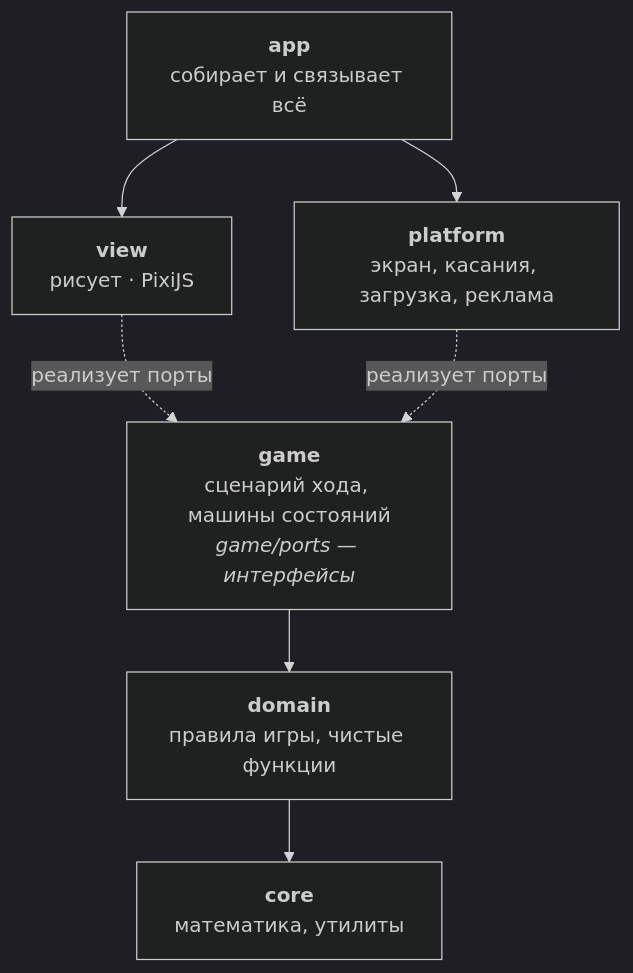
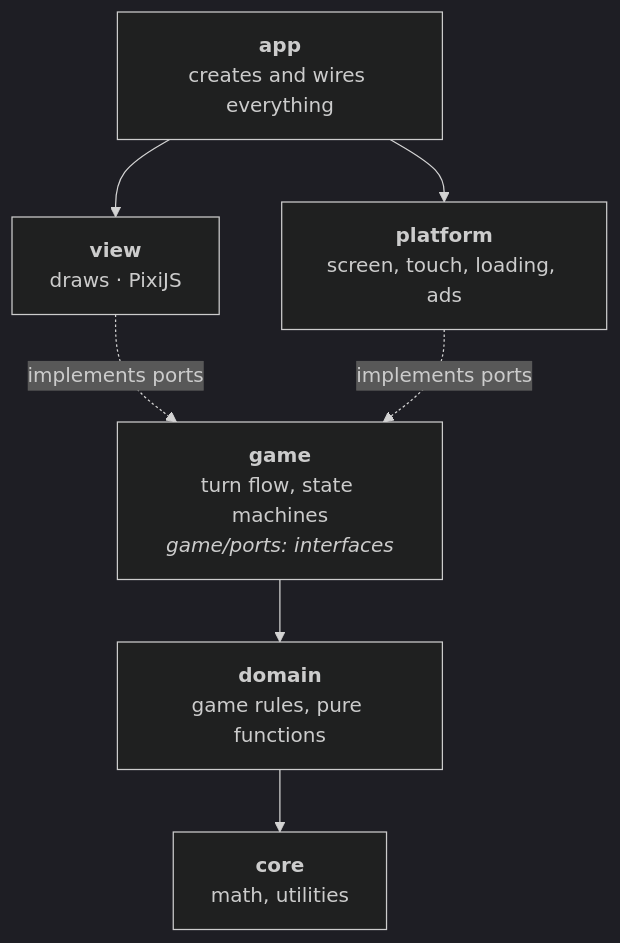
One commit to sburdenko/bub-playables-pixi changed the first of 6 diagrams in README.md. Above: the diagram before and after it, drawn with Mermaid (dark theme). The commit also changed other lines of this file, not shown here.

````diff
--- a/README.md
+++ b/README.md
@@ -26,14 +26,14 @@
 ```mermaid
 flowchart TB
-    app["<b>app</b><br/>собирает и связывает всё"]
-    view["<b>view</b><br/>рисует · PixiJS"]
-    platform["<b>platform</b><br/>экран, касания, загрузка, реклама"]
-    game["<b>game</b><br/>сценарий хода, машины состояний<br/><i>game/ports — интерфейсы</i>"]
-    domain["<b>domain</b><br/>правила игры, чистые функции"]
-    core["<b>core</b><br/>математика, утилиты"]
+    app["<b>app</b><br/>creates and wires everything"]
+    view["<b>view</b><br/>draws · PixiJS"]
+    platform["<b>platform</b><br/>screen, touch, loading, ads"]
+    game["<b>game</b><br/>turn flow, state machines<br/><i>game/ports: interfaces</i>"]
+    domain["<b>domain</b><br/>game rules, pure functions"]
+    core["<b>core</b><br/>math, utilities"]
 
     app --> view & platform
-    view -. реализует порты .-> game
-    platform -. реализует порты .-> game
+    view -. implements ports .-> game
+    platform -. implements ports .-> game
     game --> domain --> core
 ```
````
